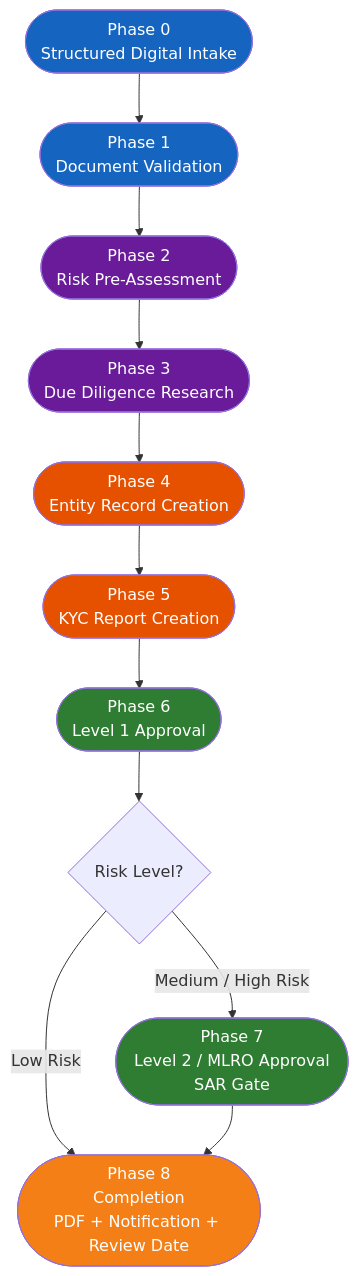
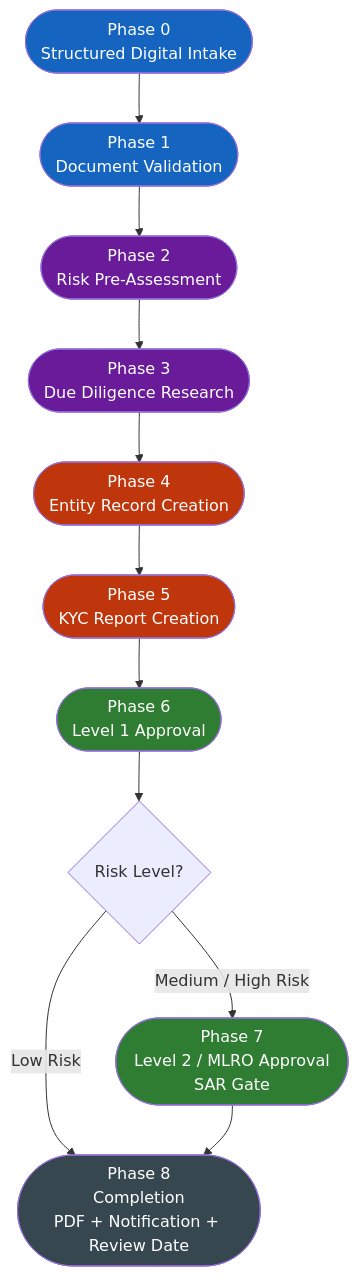
One commit to mazharr-hussain/KycReport changed the first of 8 diagrams in docs/diagrams/best-practice-e2e.md. Above: the diagram before and after it, drawn with Mermaid. The commit also changed other lines of this file and 7 other files, not shown here.

First line of the commit message:
Fix low-contrast diagram colours — replace amber with dark slate

````diff
--- a/docs/diagrams/best-practice-e2e.md
+++ b/docs/diagrams/best-practice-e2e.md
@@ -9,28 +9,28 @@
 ```mermaid
 flowchart TD
     P0([Phase 0\nStructured Digital Intake]) --> P1
     P1([Phase 1\nDocument Validation]) --> P2
     P2([Phase 2\nRisk Pre-Assessment]) --> P3
     P3([Phase 3\nDue Diligence Research]) --> P4
     P4([Phase 4\nEntity Record Creation]) --> P5
     P5([Phase 5\nKYC Report Creation]) --> P6
     P6([Phase 6\nLevel 1 Approval]) --> P7_BRANCH
 
     P7_BRANCH{Risk Level?}
     P7_BRANCH -->|Low Risk| FINAL
     P7_BRANCH -->|Medium / High Risk| P7
 
     P7([Phase 7\nLevel 2 / MLRO Approval\nSAR Gate]) --> FINAL
 
     FINAL([Phase 8\nCompletion\nPDF + Notification + Review Date])
 
     style P0 fill:#1565C0,color:#fff
     style P1 fill:#1565C0,color:#fff
     style P2 fill:#6A1B9A,color:#fff
     style P3 fill:#6A1B9A,color:#fff
-    style P4 fill:#E65100,color:#fff
-    style P5 fill:#E65100,color:#fff
+    style P4 fill:#BF360C,color:#fff
+    style P5 fill:#BF360C,color:#fff
     style P6 fill:#2E7D32,color:#fff
     style P7 fill:#2E7D32,color:#fff
-    style FINAL fill:#F57F17,color:#fff
+    style FINAL fill:#37474F,color:#fff
 ```
````
